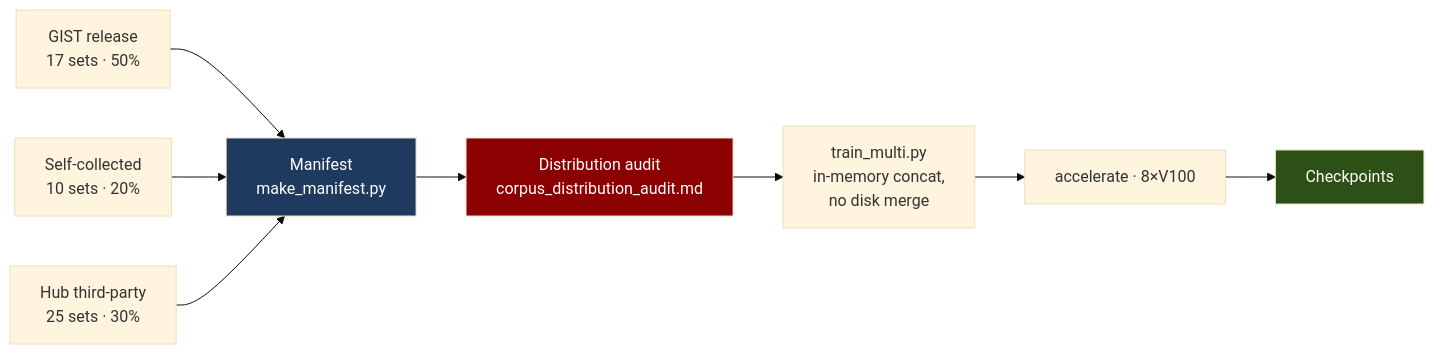
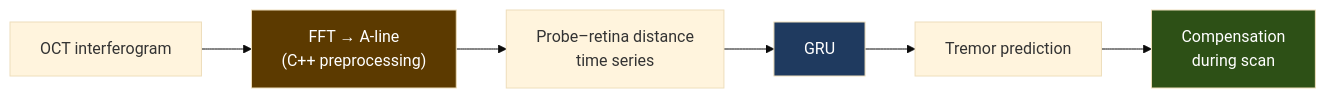
The fifth of 6 diagrams in PORTFOLIO.md (Najongs/Najongs), drawn with Mermaid (base theme) before and after one commit. The commit also changed other lines of this file and 2 other files, not shown here.

````diff
--- a/PORTFOLIO.md
+++ b/PORTFOLIO.md
@@ -139,14 +179,12 @@
 ```mermaid
 flowchart LR
-    G["GIST release<br/>17 sets · 50%"] --> M["Manifest<br/>make_manifest.py"]
-    K["Self-collected<br/>10 sets · 20%"] --> M
-    H["Hub third-party<br/>25 sets · 30%"] --> M
-    M --> A["Distribution audit<br/>corpus_distribution_audit.md"]
-    A --> T["train_multi.py<br/>in-memory concat,<br/>no disk merge"]
-    T --> GPU["accelerate · 8×V100"]
-    GPU --> CK["Checkpoints"]
+    OCT["OCT interferogram"] --> AL["FFT → A-line<br/>(C++ preprocessing)"]
+    AL --> DIST["Probe–retina distance<br/>time series"]
+    DIST --> GRU["GRU"]
+    GRU --> PRED["Tremor prediction"]
+    PRED --> COMP["Compensation<br/>during scan"]
 
-    style M fill:#1f3a5f,color:#fff
-    style A fill:#8b0000,color:#fff
-    style CK fill:#2d5016,color:#fff
+    style AL fill:#5c3a00,color:#fff
+    style GRU fill:#1f3a5f,color:#fff
+    style COMP fill:#2d5016,color:#fff
 ```
````
